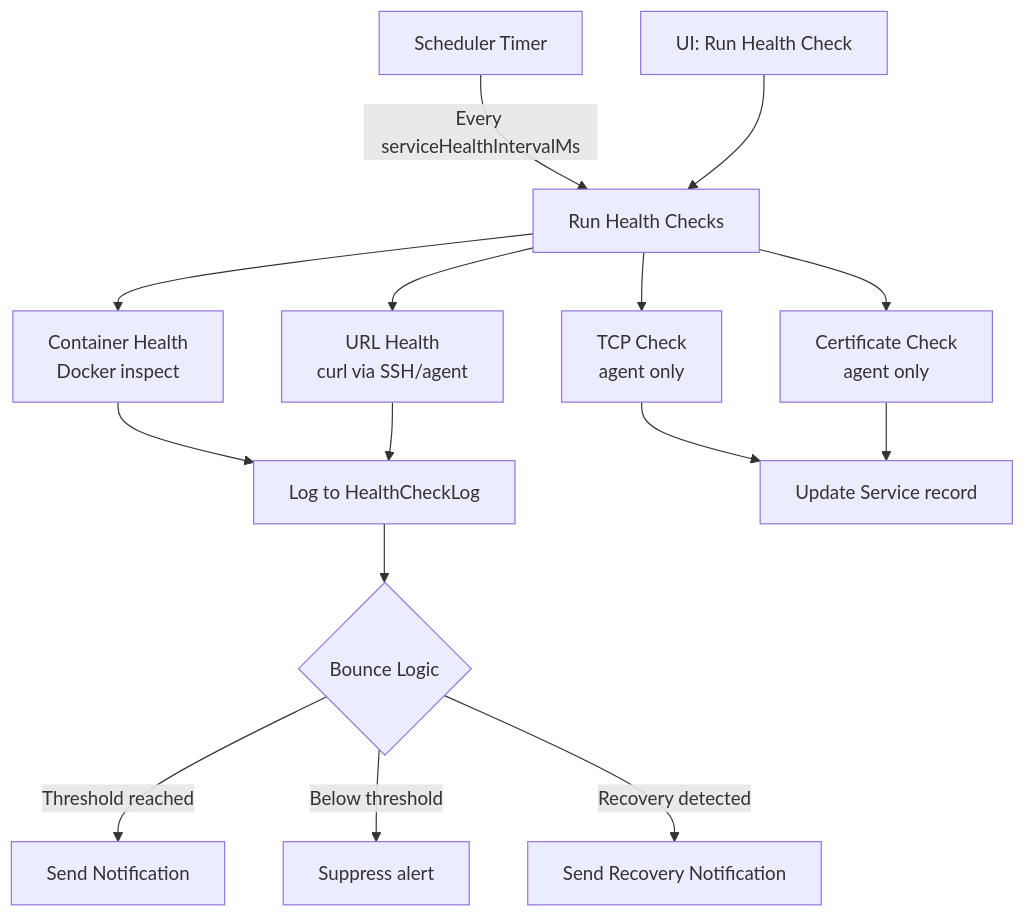
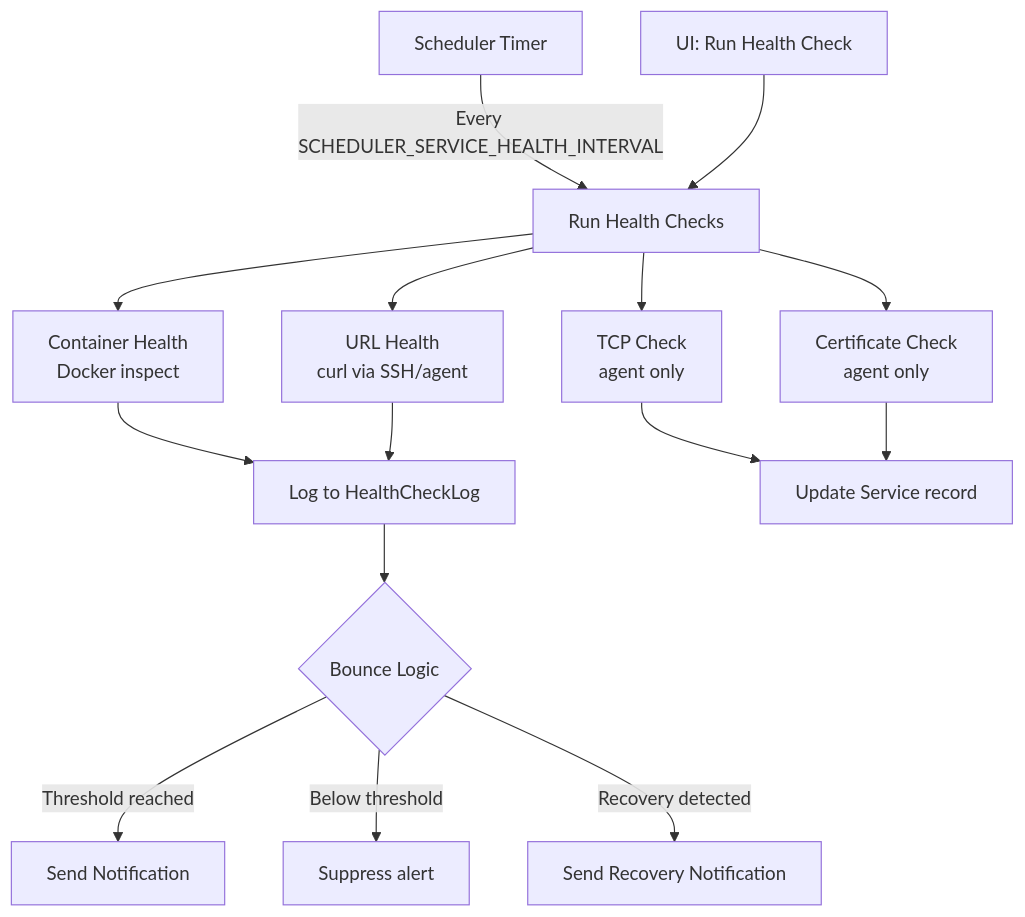
The first of 3 diagrams in docs/guides/health-checks.md (bridgeinpt/bridgeport), drawn with Mermaid before and after one commit. The commit also changed other lines of this file and 38 other files, not shown here.

````diff
--- a/docs/guides/health-checks.md
+++ b/docs/guides/health-checks.md
@@ -19,20 +19,20 @@
 ```mermaid
 flowchart TD
-    SCHED[Scheduler Timer] -->|Every serviceHealthIntervalMs| HC_RUN[Run Health Checks]
+    SCHED[Scheduler Timer] -->|Every SCHEDULER_SERVICE_HEALTH_INTERVAL| HC_RUN[Run Health Checks]
     MANUAL[UI: Run Health Check] --> HC_RUN
 
     HC_RUN --> CONTAINER[Container Health<br/>Docker inspect]
     HC_RUN --> URL[URL Health<br/>curl via SSH/agent]
     HC_RUN --> TCP[TCP Check<br/>agent only]
     HC_RUN --> CERT[Certificate Check<br/>agent only]
 
     CONTAINER --> LOG[Log to HealthCheckLog]
     URL --> LOG
     TCP --> SVC_UPDATE[Update Service record]
     CERT --> SVC_UPDATE
 
     LOG --> BOUNCE{Bounce Logic}
     BOUNCE -->|Threshold reached| NOTIFY[Send Notification]
     BOUNCE -->|Below threshold| SKIP[Suppress alert]
     BOUNCE -->|Recovery detected| RECOVER[Send Recovery Notification]
 ```
````
